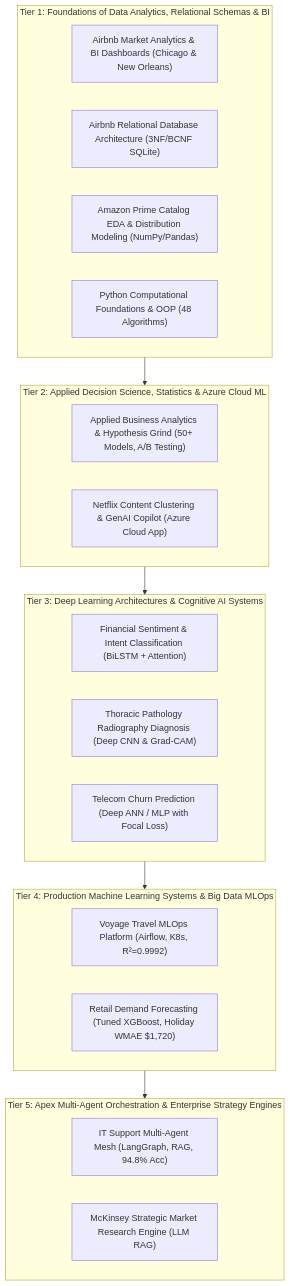
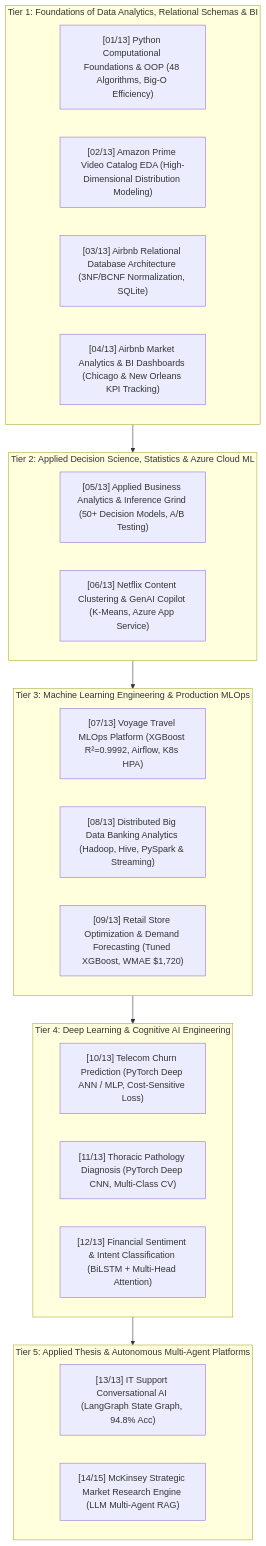
Before and after one commit to Jigneshxi/Jigneshxi: the diagram in README.md, drawn with Mermaid. The commit also changed other lines of this file, not shown here.

Commit message:
feat(portfolio): unify 15-project Data Science Universe hierarchy across all 5 tiers and flagship platforms

````diff
--- a/README.md
+++ b/README.md
@@ -22,32 +25,33 @@
 ```mermaid
 flowchart TD
-    subgraph TIER5["Tier 5: Apex Multi-Agent Orchestration & Enterprise Strategy Engines"]
-        A1["IT Support Multi-Agent Mesh (LangGraph, RAG, 94.8% Acc)"]
-        A2["McKinsey Strategic Market Research Engine (LLM RAG)"]
+    subgraph TIER5["Tier 5: Applied Thesis & Autonomous Multi-Agent Platforms"]
+        A1["[13/13] IT Support Conversational AI (LangGraph State Graph, 94.8% Acc)"]
+        A2["[14/15] McKinsey Strategic Market Research Engine (LLM Multi-Agent RAG)"]
     end
 
-    subgraph TIER4["Tier 4: Production Machine Learning Systems & Big Data MLOps"]
-        B1["Voyage Travel MLOps Platform (Airflow, K8s, R²=0.9992)"]
-        B2["Retail Demand Forecasting (Tuned XGBoost, Holiday WMAE $1,720)"]
+    subgraph TIER4["Tier 4: Deep Learning & Cognitive AI Engineering"]
+        B1["[10/13] Telecom Churn Prediction (PyTorch Deep ANN / MLP, Cost-Sensitive Loss)"]
+        B2["[11/13] Thoracic Pathology Diagnosis (PyTorch Deep CNN, Multi-Class CV)"]
+        B3["[12/13] Financial Sentiment & Intent Classification (BiLSTM + Multi-Head Attention)"]
     end
 
-    subgraph TIER3["Tier 3: Deep Learning Architectures & Cognitive AI Systems"]
-        C1["Financial Sentiment & Intent Classification (BiLSTM + Attention)"]
-        C2["Thoracic Pathology Radiography Diagnosis (Deep CNN & Grad-CAM)"]
-        C3["Telecom Churn Prediction (Deep ANN / MLP with Focal Loss)"]
+    subgraph TIER3["Tier 3: Machine Learning Engineering & Production MLOps"]
+        C1["[07/13] Voyage Travel MLOps Platform (XGBoost R²=0.9992, Airflow, K8s HPA)"]
+        C2["[08/13] Distributed Big Data Banking Analytics (Hadoop, Hive, PySpark & Streaming)"]
+        C3["[09/13] Retail Store Optimization & Demand Forecasting (Tuned XGBoost, WMAE $1,720)"]
     end
 
     subgraph TIER2["Tier 2: Applied Decision Science, Statistics & Azure Cloud ML"]
-        D1["Applied Business Analytics & Hypothesis Grind (50+ Models, A/B Testing)"]
-        D2["Netflix Content Clustering & GenAI Copilot (Azure Cloud App)"]
+        D1["[05/13] Applied Business Analytics & Inference Grind (50+ Decision Models, A/B Testing)"]
+        D2["[06/13] Netflix Content Clustering & GenAI Copilot (K-Means, Azure App Service)"]
     end
 
     subgraph TIER1["Tier 1: Foundations of Data Analytics, Relational Schemas & BI"]
-        E1["Airbnb Market Analytics & BI Dashboards (Chicago & New Orleans)"]
-        E2["Airbnb Relational Database Architecture (3NF/BCNF SQLite)"]
-        E3["Amazon Prime Catalog EDA & Distribution Modeling (NumPy/Pandas)"]
-        E4["Python Computational Foundations & OOP (48 Algorithms)"]
+        E1["[01/13] Python Computational Foundations & OOP (48 Algorithms, Big-O Efficiency)"]
+        E2["[02/13] Amazon Prime Video Catalog EDA (High-Dimensional Distribution Modeling)"]
+        E3["[03/13] Airbnb Relational Database Architecture (3NF/BCNF Normalization, SQLite)"]
+        E4["[04/13] Airbnb Market Analytics & BI Dashboards (Chicago & New Orleans KPI Tracking)"]
     end
 
     TIER1 --> TIER2 --> TIER3 --> TIER4 --> TIER5
 ```
````
